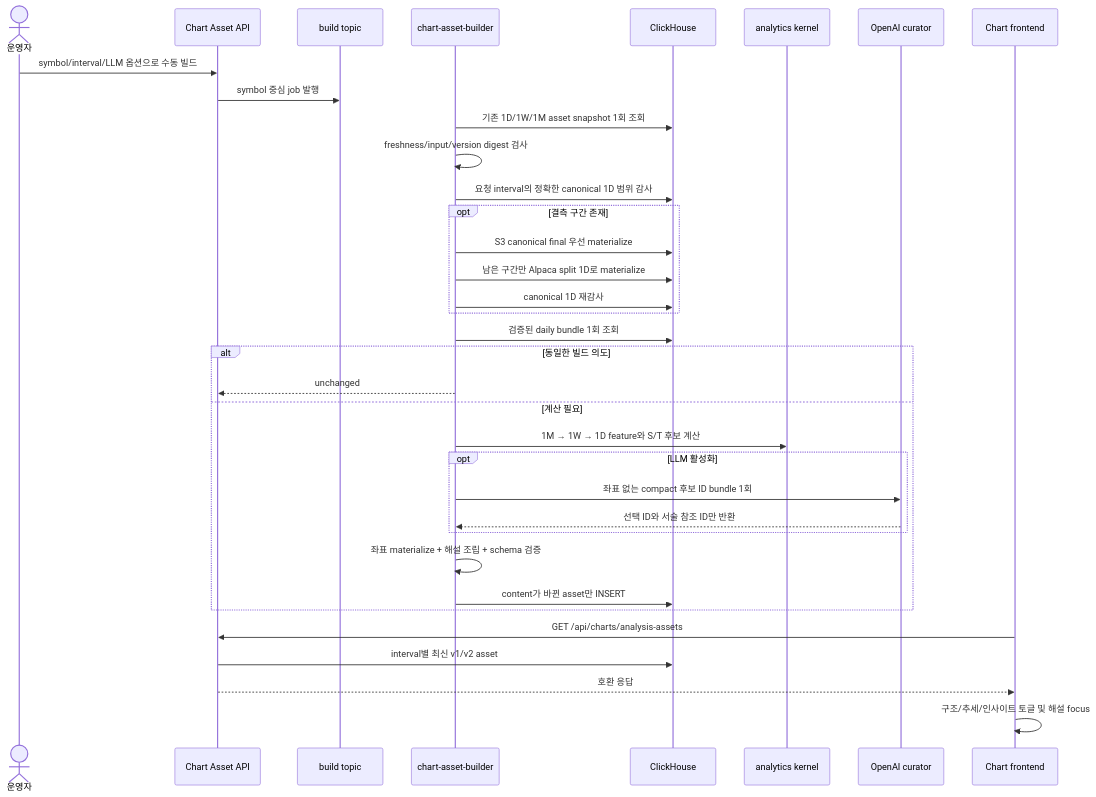
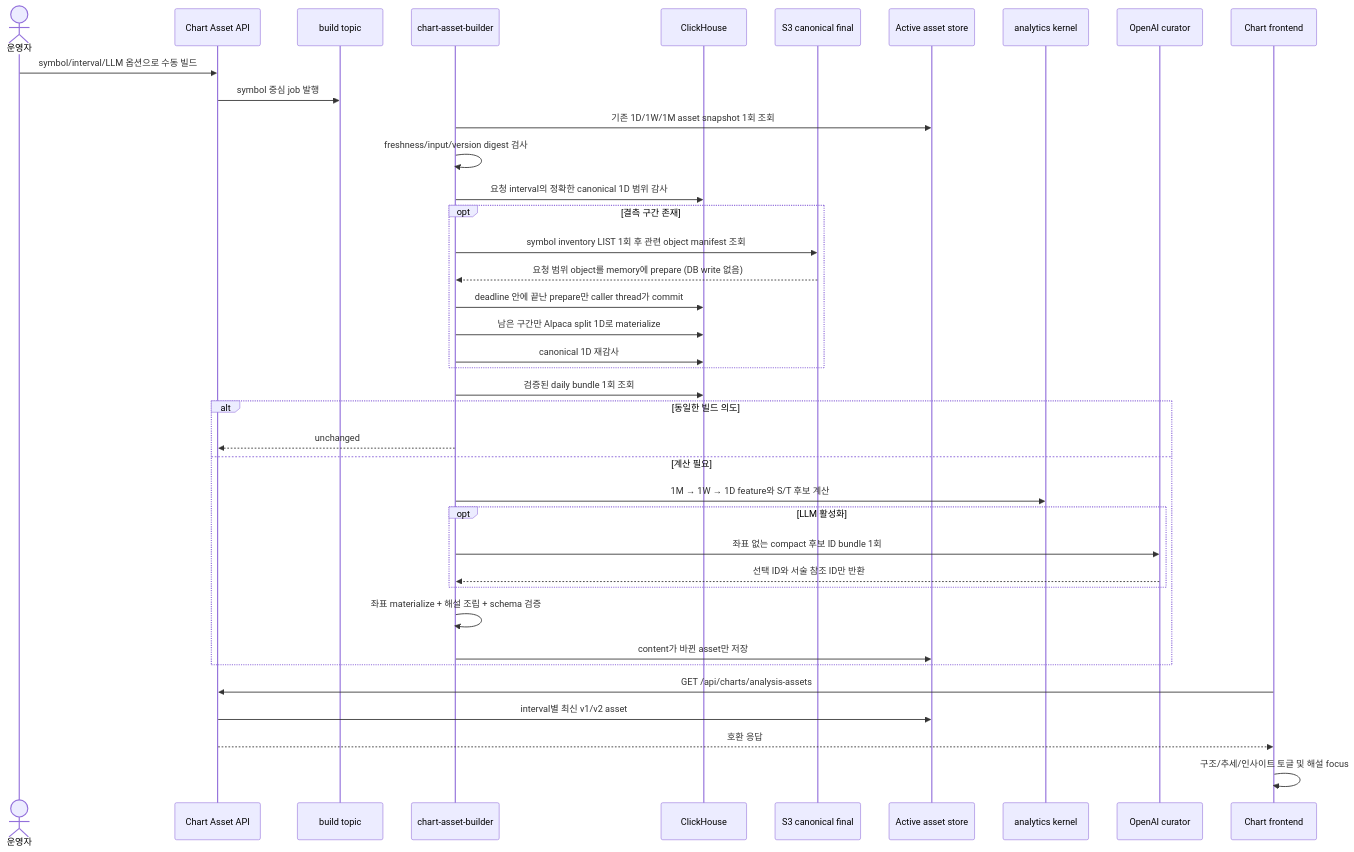
The second of 9 diagrams in docs/CHART_ANALYSIS_ASSETS.md (seunglee10/GOPS-BE), drawn with Mermaid before and after one commit. The commit also changed other lines of this file and 74 other files, not shown here.

Commit message:
feat(chart-assets): harden analysis reliability and quality

````diff
--- a/docs/CHART_ANALYSIS_ASSETS.md
+++ b/docs/CHART_ANALYSIS_ASSETS.md
@@ -29,38 +29,42 @@
 ```mermaid
 sequenceDiagram
   actor Operator as 운영자
   participant API as Chart Asset API
   participant Kafka as build topic
   participant Worker as chart-asset-builder
   participant CH as ClickHouse
+  participant S3 as S3 canonical final
+  participant Store as Active asset store
   participant Kernel as analytics kernel
   participant LLM as OpenAI curator
   participant UI as Chart frontend
 
   Operator->>API: symbol/interval/LLM 옵션으로 수동 빌드
   API->>Kafka: symbol 중심 job 발행
-  Worker->>CH: 기존 1D/1W/1M asset snapshot 1회 조회
+  Worker->>Store: 기존 1D/1W/1M asset snapshot 1회 조회
   Worker->>Worker: freshness/input/version digest 검사
   Worker->>CH: 요청 interval의 정확한 canonical 1D 범위 감사
   opt 결측 구간 존재
-    Worker->>CH: S3 canonical final 우선 materialize
+    Worker->>S3: symbol inventory LIST 1회 후 관련 object manifest 조회
+    S3-->>Worker: 요청 범위 object를 memory에 prepare (DB write 없음)
+    Worker->>CH: deadline 안에 끝난 prepare만 caller thread가 commit
     Worker->>CH: 남은 구간만 Alpaca split 1D로 materialize
     Worker->>CH: canonical 1D 재감사
   end
   Worker->>CH: 검증된 daily bundle 1회 조회
   alt 동일한 빌드 의도
     Worker-->>API: unchanged
   else 계산 필요
     Worker->>Kernel: 1M → 1W → 1D feature와 S/T 후보 계산
     opt LLM 활성화
       Worker->>LLM: 좌표 없는 compact 후보 ID bundle 1회
       LLM-->>Worker: 선택 ID와 서술 참조 ID만 반환
     end
     Worker->>Worker: 좌표 materialize + 해설 조립 + schema 검증
-    Worker->>CH: content가 바뀐 asset만 INSERT
+    Worker->>Store: content가 바뀐 asset만 저장
   end
   UI->>API: GET /api/charts/analysis-assets
-  API->>CH: interval별 최신 v1/v2 asset
+  API->>Store: interval별 최신 v1/v2 asset
   API-->>UI: 호환 응답
   UI->>UI: 구조/추세/인사이트 토글 및 해설 focus
 ```
````
